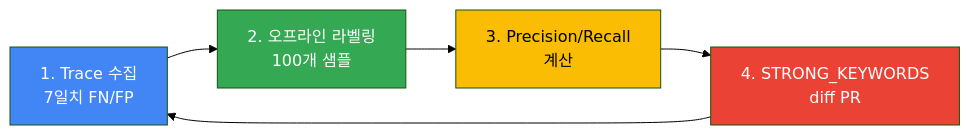
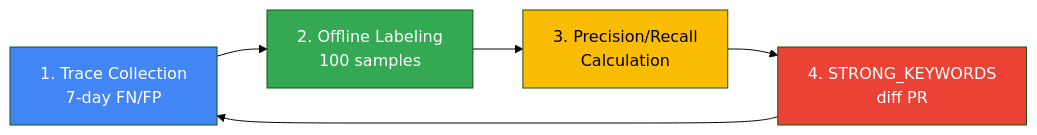
One commit to devfloor9/engineering-playbook changed the diagram in docs/agentic-ai-platform/model-serving/inference-routing/cascade-routing-tuning.md. Above: the diagram before and after it, drawn with Mermaid (forest theme). The commit also changed other lines of this file and 954 other files, not shown here.

````diff
--- a/docs/agentic-ai-platform/model-serving/inference-routing/cascade-routing-tuning.md
+++ b/docs/agentic-ai-platform/model-serving/inference-routing/cascade-routing-tuning.md
@@ -214,12 +214,12 @@
 ```mermaid
 flowchart LR
-    A[1. Trace 수집<br/>7일치 FN/FP] --> B[2. 오프라인 라벨링<br/>100개 샘플]
-    B --> C[3. Precision/Recall<br/>계산]
+    A[1. Trace Collection<br/>7-day FN/FP] --> B[2. Offline Labeling<br/>100 samples]
+    B --> C[3. Precision/Recall<br/>Calculation]
     C --> D[4. STRONG_KEYWORDS<br/>diff PR]
     D --> A
     
     style A fill:#4285f4,color:#fff
     style B fill:#34a853,color:#fff
     style C fill:#fbbc04,color:#000
     style D fill:#ea4335,color:#fff
 ```
````
